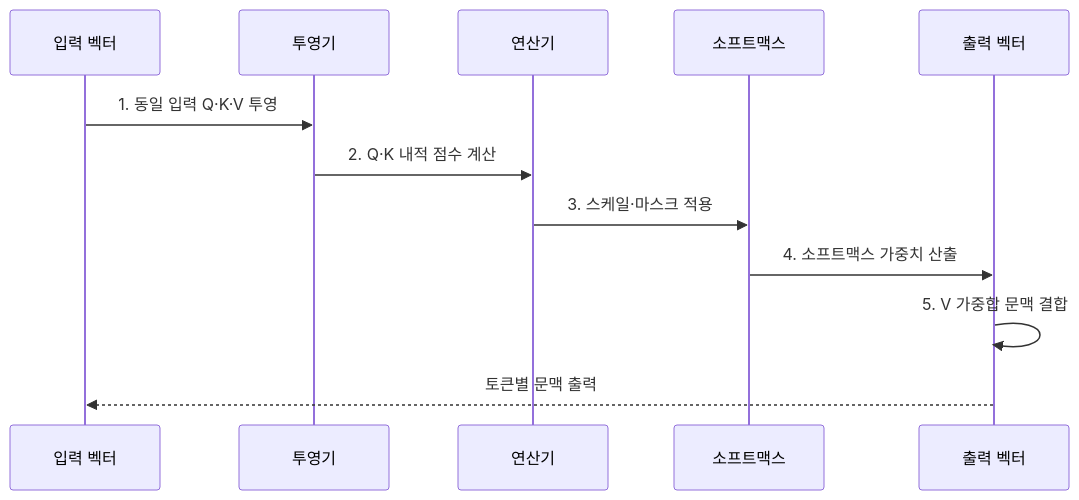
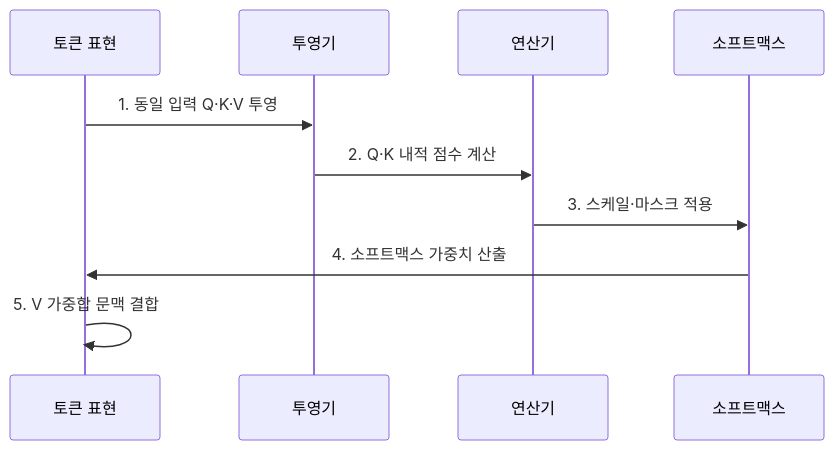
Before and after one commit to agnusdei1207/knowledge-base: the second of 2 diagrams in src/content/docs/notes/08-latest-tech/028_self_attention.md, drawn with Mermaid. The commit also changed 9 other files, not shown here.

Commit message:
Simplify AI system flow participants

````diff
--- a/src/content/docs/notes/08-latest-tech/028_self_attention.md
+++ b/src/content/docs/notes/08-latest-tech/028_self_attention.md
@@ -101,14 +101,12 @@
 ```mermaid
 sequenceDiagram
-    participant I as 입력 벡터
+    participant I as 토큰 표현
     participant P as 투영기
     participant A as 연산기
     participant S as 소프트맥스
-    participant O as 출력 벡터
     I->>P: 1. 동일 입력 Q·K·V 투영
     P->>A: 2. Q·K 내적 점수 계산
     A->>S: 3. 스케일·마스크 적용
-    S->>O: 4. 소프트맥스 가중치 산출
-    O->>O: 5. V 가중합 문맥 결합
-    O-->>I: 토큰별 문맥 출력
+    S->>I: 4. 소프트맥스 가중치 산출
+    I->>I: 5. V 가중합 문맥 결합
 ```
````
